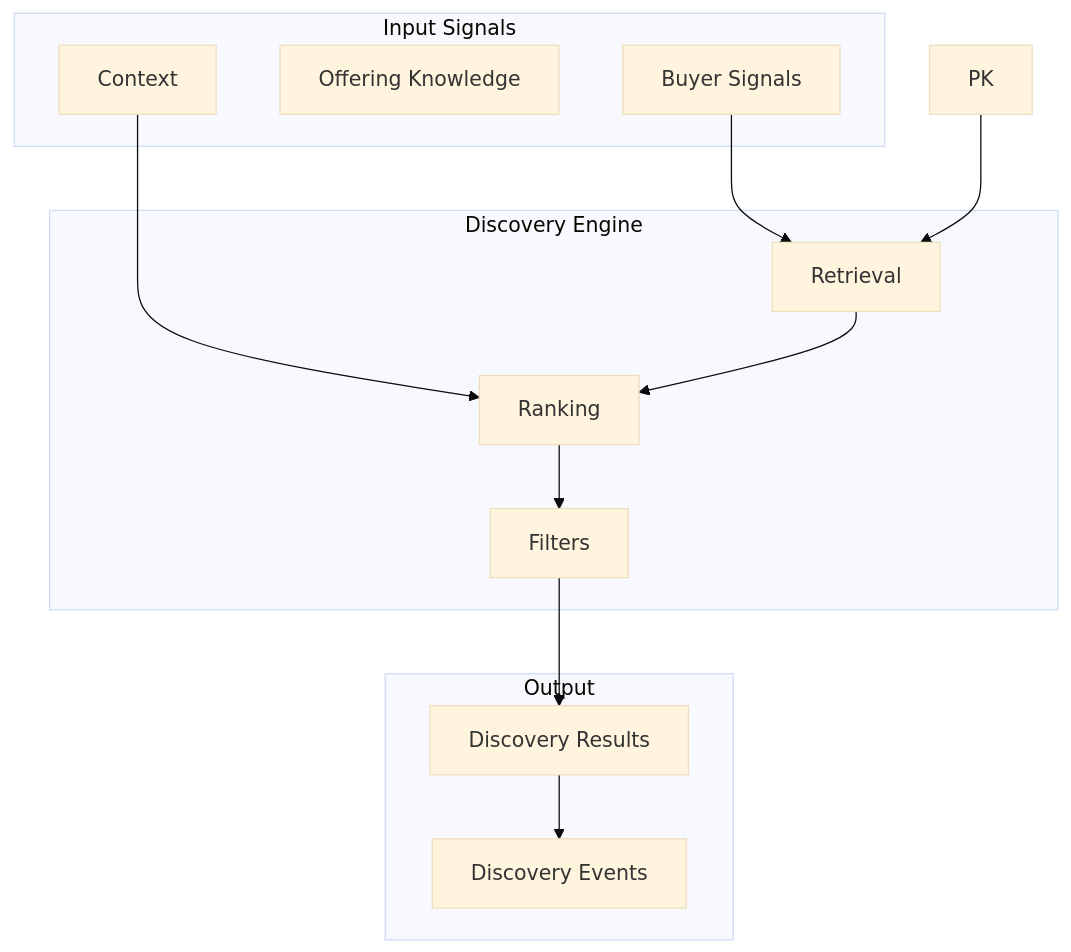
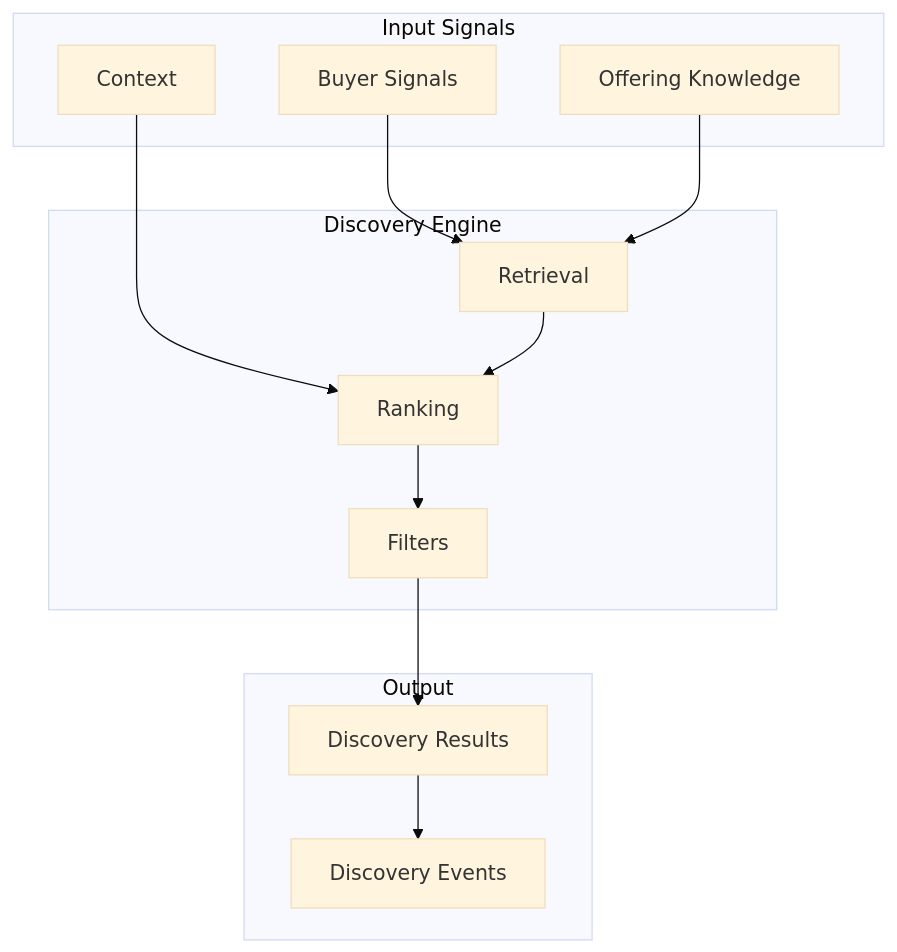
One commit to petkao/pinkcurve-blueprint changed the third of 3 diagrams in docs/06-discovery-engine.md. Above: the diagram before and after it, drawn with Mermaid (base theme). The commit also changed other lines of this file and 11 other files, not shown here.

Commit message:
Refine PinkCurve architecture around Offering-centric discovery model

````diff
--- a/docs/06-discovery-engine.md
+++ b/docs/06-discovery-engine.md
@@ -186,27 +259,27 @@
 ```mermaid
 flowchart TB
     subgraph Input["Input Signals"]
         BS[Buyer Signals]
         OK[Offering Knowledge]
         Context[Context]
     end
 
     subgraph Engine["Discovery Engine"]
         Retrieval
         Ranking
         Filters
     end
 
     subgraph Output["Output"]
         Results[Discovery Results]
         Events[Discovery Events]
     end
 
     BS --> Retrieval
-    PK --> Retrieval
+    OK --> Retrieval
     Context --> Ranking
     Retrieval --> Ranking
     Ranking --> Filters
     Filters --> Results
     Results --> Events
 ```
````
